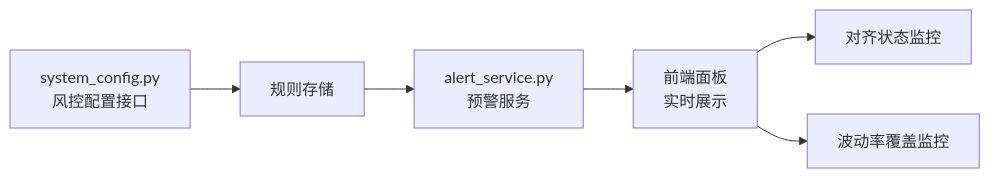
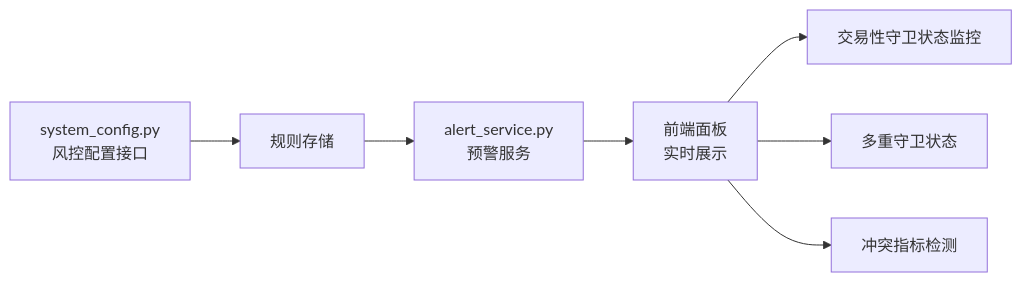
The sixth of 8 diagrams in .qoder/repowiki/zh/content/交易策略系统/风险管理.md (anYaoooo/daily_stock_analysis), drawn with Mermaid before and after one commit. The commit also changed other lines of this file and 140 other files, not shown here.

````diff
--- a/.qoder/repowiki/zh/content/交易策略系统/风险管理.md
+++ b/.qoder/repowiki/zh/content/交易策略系统/风险管理.md
@@ -332,8 +368,9 @@
 ```mermaid
 graph LR
 ConfigAPI["system_config.py<br/>风控配置接口"] --> RuleStore["规则存储"]
 RuleStore --> AlertSvc["alert_service.py<br/>预警服务"]
 AlertSvc --> Dashboard["前端面板<br/>实时展示"]
-Dashboard --> AlignmentStatus["对齐状态监控"]
-Dashboard --> VolatilityOverlay["波动率覆盖监控"]
+Dashboard --> TradeGuardStatus["交易性守卫状态监控"]
+Dashboard --> MultiGuardState["多重守卫状态"]
+Dashboard --> ConflictDetection["冲突指标检测"]
 ```
````
